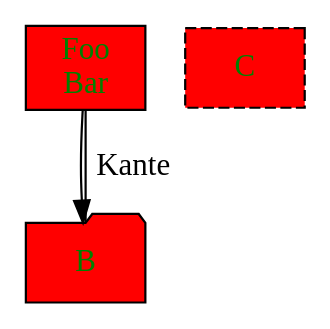
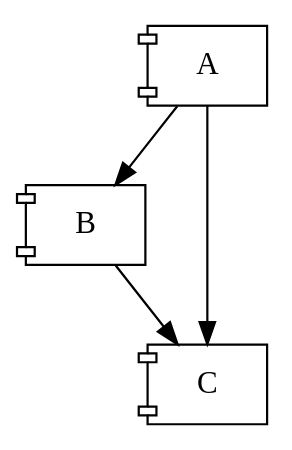
The diagram in test1.dot (felixhummel/graphviz_example), drawn with Graphviz before and after one commit.

```diff
--- a/test1.dot
+++ b/test1.dot
@@ -1,11 +1,12 @@
 digraph Name {
-  NODE [shape=box,style=filled,fillcolor=red,fontcolor=green]
-  A [label="Foo\nBar"];
-  B [shape=folder];
-  C [style="dashed,filled"];
+  NODE [shape=component];
+  A;
+  B;
+  C;
 
 
   // dir=forward back both none controls arrow direction.
   A -> B;
-  B -> A [dir=none,label="Kante"];
+  A -> C [weight=10];
+  B -> C;
 }
```
